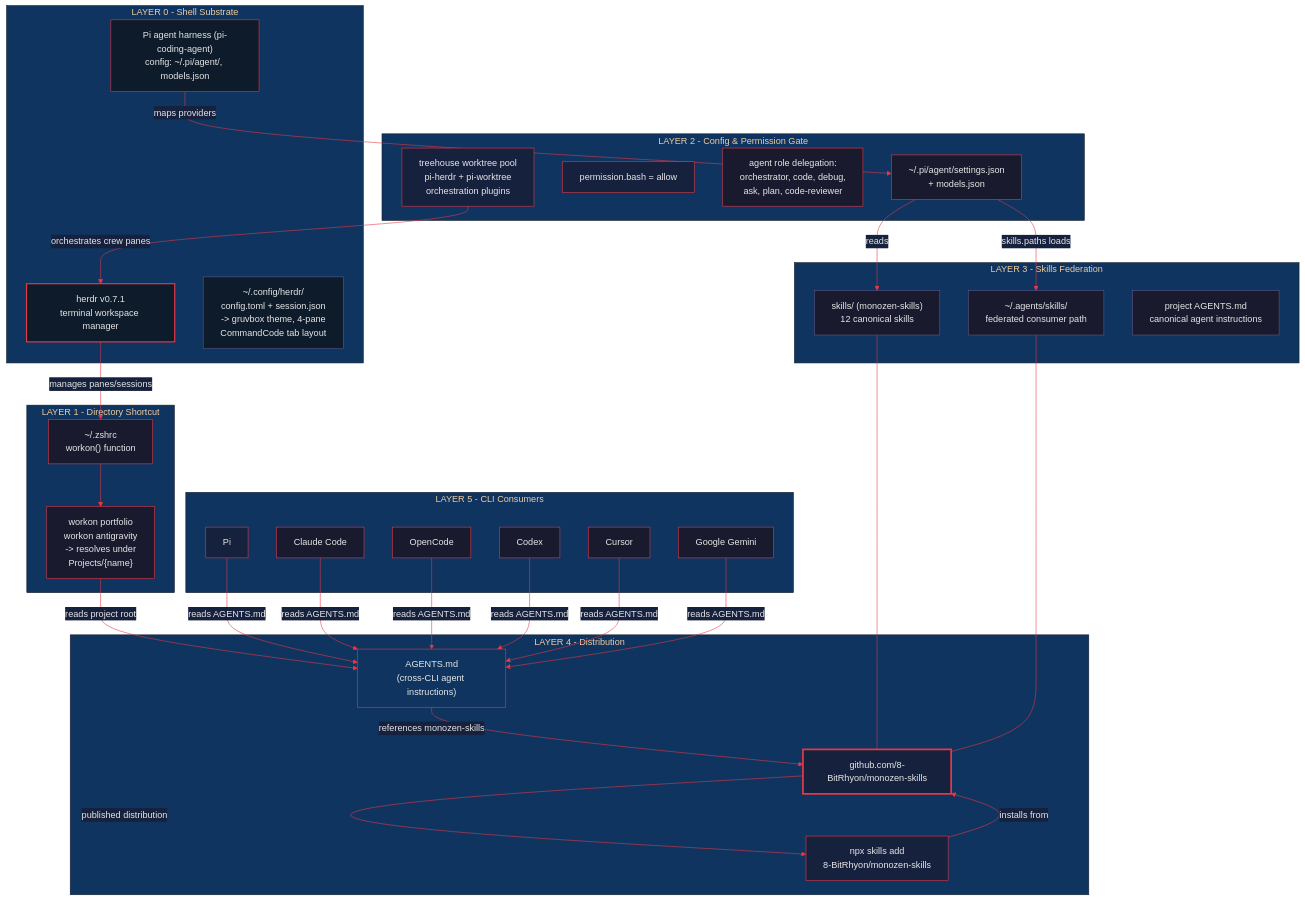
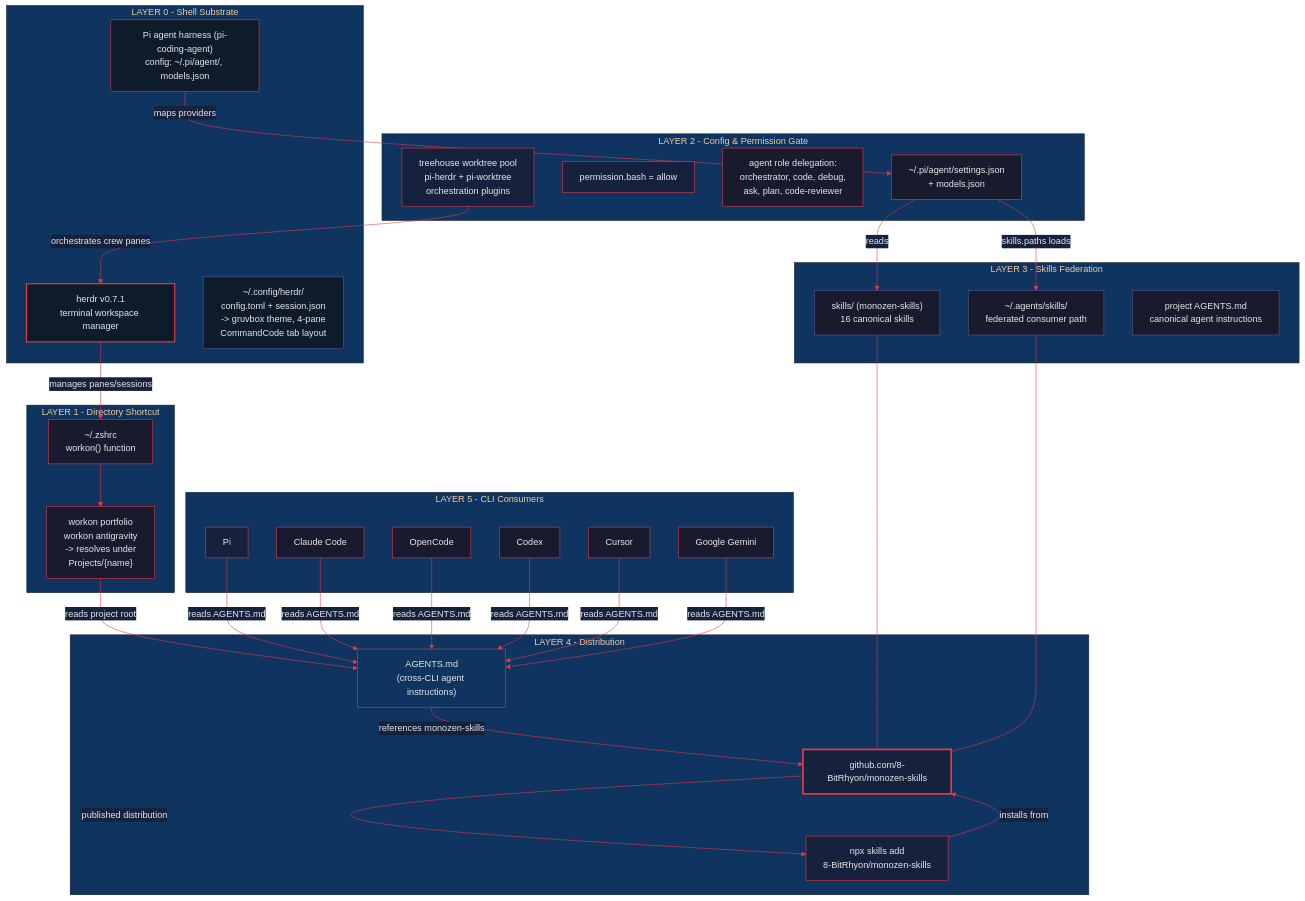
The diagram in assets/monozen-skills-arch.mmd (8-BitRhyon/monozen-skills), drawn with Mermaid before and after one commit. The commit also changed 24 other files, not shown here.

```diff
--- a/assets/monozen-skills-arch.mmd
+++ b/assets/monozen-skills-arch.mmd
@@ -1,75 +1,75 @@
 %%{init: {'theme': 'base', 'themeVariables': {'primaryColor': '#1a1a2e', 'primaryTextColor': '#e6e6e6', 'primaryBorderColor': '#e63946', 'lineColor': '#e63946', 'secondaryColor': '#16213e', 'tertiaryColor': '#0f3460'}}}%%
 
 flowchart TB
     subgraph Layer0["LAYER 0 - Shell Substrate"]
         HR["herdr v0.7.1<br/>terminal workspace manager"]
         PIF["Pi agent harness (pi-coding-agent)<br/>config: ~/.pi/agent/, models.json"]
         HRCFG["~/.config/herdr/<br/>config.toml + session.json<br/>-> gruvbox theme, 4-pane<br/>  CommandCode tab layout"]
     end
 
     subgraph Layer1["LAYER 1 - Directory Shortcut"]
         ZS["~/.zshrc<br/>workon() function"]
         WU["workon portfolio<br/>workon antigravity<br/>-> resolves under<br/>Projects/{name}"]
     end
 
     subgraph Layer2["LAYER 2 - Config & Permission Gate"]
         KC["~/.pi/agent/settings.json<br/>+ models.json"]
         PERM["permission.bash = allow"]
         AGD["agent role delegation:<br/>orchestrator, code, debug,<br/>ask, plan, code-reviewer"]
         IDX["treehouse worktree pool<br/>pi-herdr + pi-worktree<br/>orchestration plugins"]
     end
 
     subgraph Layer3["LAYER 3 - Skills Federation"]
-        FS1["skills/ (monozen-skills)<br/>12 canonical skills"]
+        FS1["skills/ (monozen-skills)<br/>16 canonical skills"]
         FS2["~/.agents/skills/<br/>federated consumer path"]
         FS3["project AGENTS.md<br/>canonical agent instructions"]
     end
 
     subgraph Layer4["LAYER 4 - Distribution"]
         MS["github.com/8-BitRhyon/monozen-skills"]
         NPX["npx skills add<br/>8-BitRhyon/monozen-skills"]
         AG["AGENTS.md<br/>(cross-CLI agent instructions)"]
     end
 
     subgraph Layer5["LAYER 5 - CLI Consumers"]
         PI["Pi"]
         CC["Claude Code"]
         OC["OpenCode"]
         CX["Codex"]
         CU["Cursor"]
         GK["Google Gemini"]
     end
 
     HR -->|manages panes/sessions| ZS
     ZS --> WU
     WU -->|reads project root| AG
     AG -->|references monozen-skills| MS
     PIF -->|maps providers| KC
     KC -->|skills.paths loads| FS2
     KC -->|reads| FS1
     IDX -->|orchestrates crew panes| HR
     NPX -->|installs from| MS
     MS -->|published distribution| NPX
     FS1 --- MS
     FS2 --- MS
     PI -->|reads AGENTS.md| AG
     CC -->|reads AGENTS.md| AG
     OC -->|reads AGENTS.md| AG
     CX -->|reads AGENTS.md| AG
     CU -->|reads AGENTS.md| AG
     GK -->|reads AGENTS.md| AG
 
     style HR fill:#0d1b2a,stroke:#e63946,color:#e6e6e6,stroke-width:2px
     style PIF fill:#0d1b2a,stroke:#e63946,color:#e6e6e6
     style HRCFG fill:#0d1b2a,stroke:#5a5a8a,color:#e6e6e6
     style ZS fill:#1a1a2e,stroke:#e63946,color:#e6e6e6
     style KC fill:#1a1a2e,stroke:#e63946,color:#e6e6e6
     style MS fill:#16213e,stroke:#e63946,color:#e6e6e6,stroke-width:3px
     style AG fill:#0f3460,stroke:#e63946,color:#e6e6e6
     style NPX fill:#16213e,stroke:#e63946,color:#e6e6e6
     style FS1 fill:#1a1a2e,stroke:#5a5a8a,color:#e6e6e6
     style FS2 fill:#1a1a2e,stroke:#5a5a8a,color:#e6e6e6
     style FS3 fill:#1a1a2e,stroke:#5a5a8a,color:#e6e6e6
     style PI fill:#16213e,stroke:#e63946,color:#e6e6e6
     style PERM fill:#16213e,stroke:#e63946,color:#e6e6e6
     style IDX fill:#16213e,stroke:#e63946,color:#e6e6e6
```
